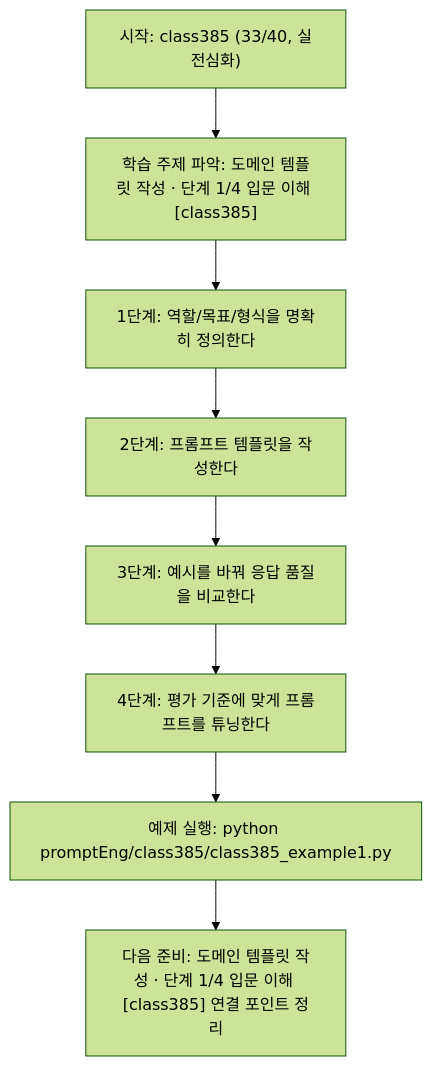
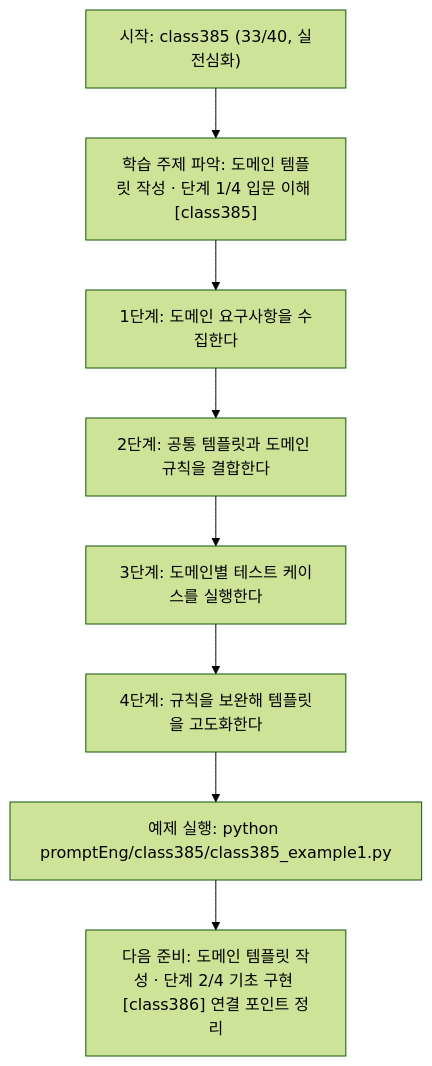
One commit to edumgt/Python-AI_Agent-Class changed the diagram in promptEng/class385/class385.md. Above: the diagram before and after it, drawn with Mermaid (forest theme). The commit also changed other lines of this file and 283 other files, not shown here.

````diff
--- a/promptEng/class385/class385.md
+++ b/promptEng/class385/class385.md
@@ -110,18 +91,18 @@
 ```mermaid
 flowchart TD
 N1["시작: class385 (33/40, 실전심화)"]
 N2["학습 주제 파악: 도메인 템플릿 작성 · 단계 1/4 입문 이해 [class385]"]
-N3["1단계: 역할/목표/형식을 명확히 정의한다"]
-N4["2단계: 프롬프트 템플릿을 작성한다"]
-N5["3단계: 예시를 바꿔 응답 품질을 비교한다"]
-N6["4단계: 평가 기준에 맞게 프롬프트를 튜닝한다"]
+N3["1단계: 도메인 요구사항을 수집한다"]
+N4["2단계: 공통 템플릿과 도메인 규칙을 결합한다"]
+N5["3단계: 도메인별 테스트 케이스를 실행한다"]
+N6["4단계: 규칙을 보완해 템플릿을 고도화한다"]
 N7["예제 실행: python promptEng/class385/class385_example1.py"]
-N8["다음 준비: 도메인 템플릿 작성 · 단계 1/4 입문 이해 [class385] 연결 포인트 정리"]
+N8["다음 준비: 도메인 템플릿 작성 · 단계 2/4 기초 구현 [class386] 연결 포인트 정리"]
 N1 --> N2
 N2 --> N3
 N3 --> N4
 N4 --> N5
 N5 --> N6
 N6 --> N7
 N7 --> N8
 ```
````
